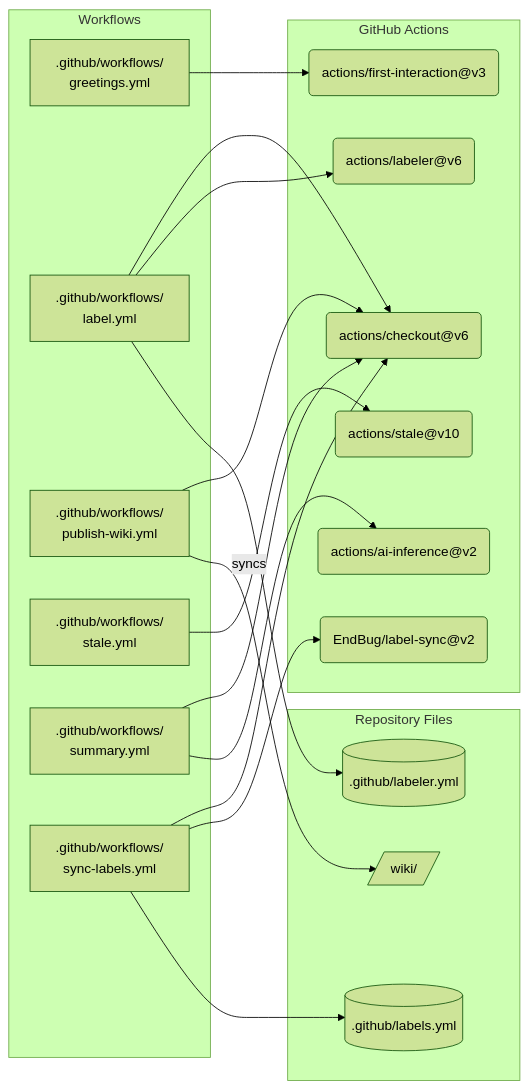
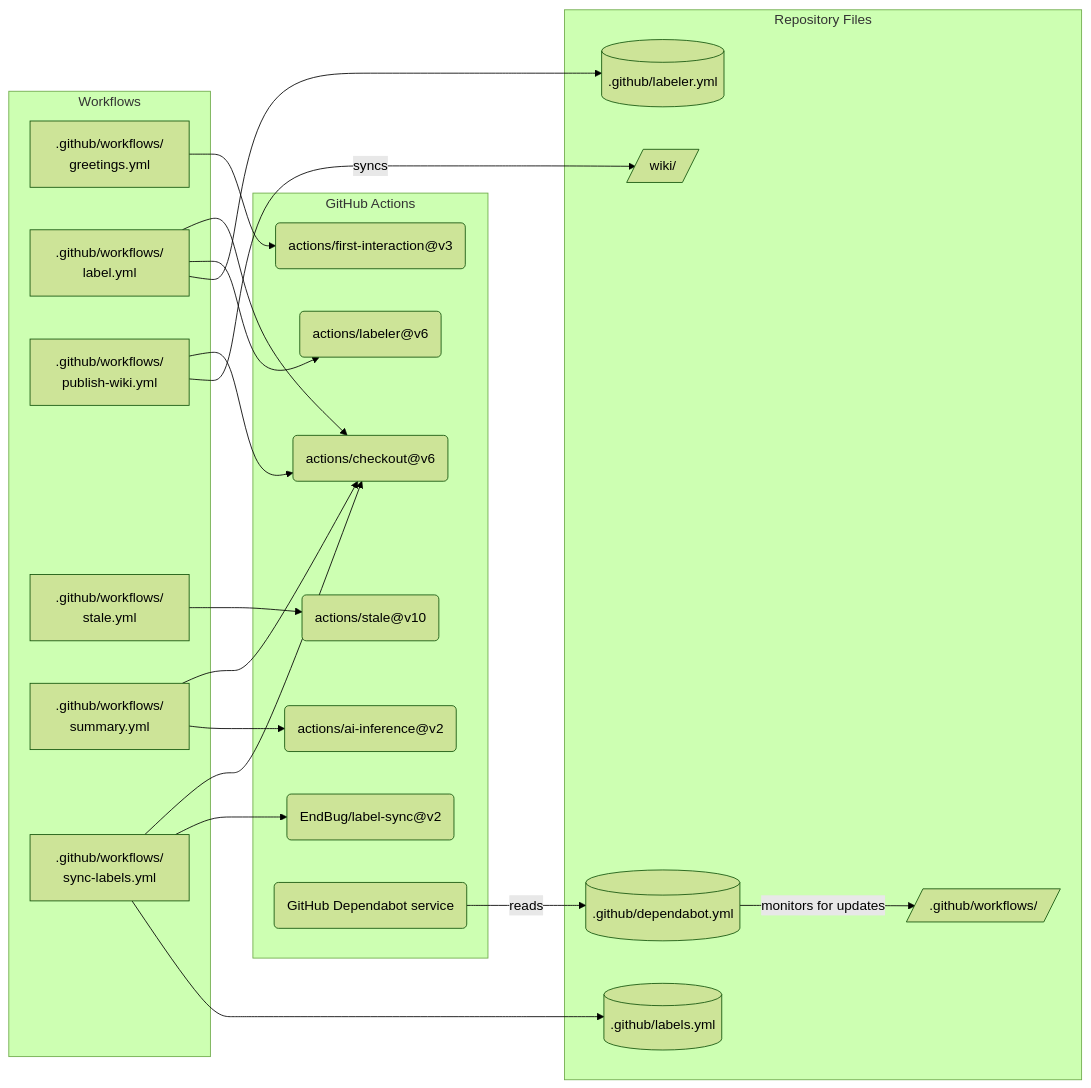
Diagram 11 of 12 in docs/dependency-graphs.md (Qobustan/Seminar-Angewandte-Statistik-2025), drawn with Mermaid (forest theme) before and after one commit. The commit also changed other lines of this file, not shown here.

First line of the commit message:
docs: add all previously missing files to dependency graphs

````diff
--- a/docs/dependency-graphs.md
+++ b/docs/dependency-graphs.md
@@ -364,44 +491,50 @@
 ```mermaid
 flowchart LR
     subgraph wf_mgmt ["Workflows"]
         greetings_wf[".github/workflows/\ngreetings.yml"]
         label_wf[".github/workflows/\nlabel.yml"]
         publish_wiki_wf[".github/workflows/\npublish-wiki.yml"]
         stale_wf[".github/workflows/\nstale.yml"]
         summary_wf[".github/workflows/\nsummary.yml"]
         sync_labels_wf[".github/workflows/\nsync-labels.yml"]
     end
 
     subgraph repo_files_mgmt ["Repository Files"]
         labeler_yml_m[(".github/labeler.yml")]
         labels_yml_m[(".github/labels.yml")]
         wiki_dir_m[/"wiki/"/]
+        dependabot_m[(".github/dependabot.yml")]
+        workflows_dir_m[/".github/workflows/"/]
     end
 
     subgraph actions_mgmt ["GitHub Actions"]
         checkout_m("actions/checkout@v6")
         first_interaction_m("actions/first-interaction@v3")
         labeler_m("actions/labeler@v6")
         stale_m("actions/stale@v10")
         ai_inference_m("actions/ai-inference@v2")
         label_sync_m("EndBug/label-sync@v2")
+        dependabot_svc("GitHub Dependabot service")
     end
 
     greetings_wf    --> first_interaction_m
 
     label_wf        --> checkout_m
     label_wf        --> labeler_m
     label_wf        --> labeler_yml_m
 
     publish_wiki_wf --> checkout_m
     publish_wiki_wf -->|"syncs"| wiki_dir_m
 
     stale_wf        --> stale_m
 
     summary_wf      --> checkout_m
     summary_wf      --> ai_inference_m
 
     sync_labels_wf  --> checkout_m
     sync_labels_wf  --> label_sync_m
     sync_labels_wf  --> labels_yml_m
+
+    dependabot_m    -->|"monitors for updates"| workflows_dir_m
+    dependabot_svc  -->|"reads"| dependabot_m
 ```
````
